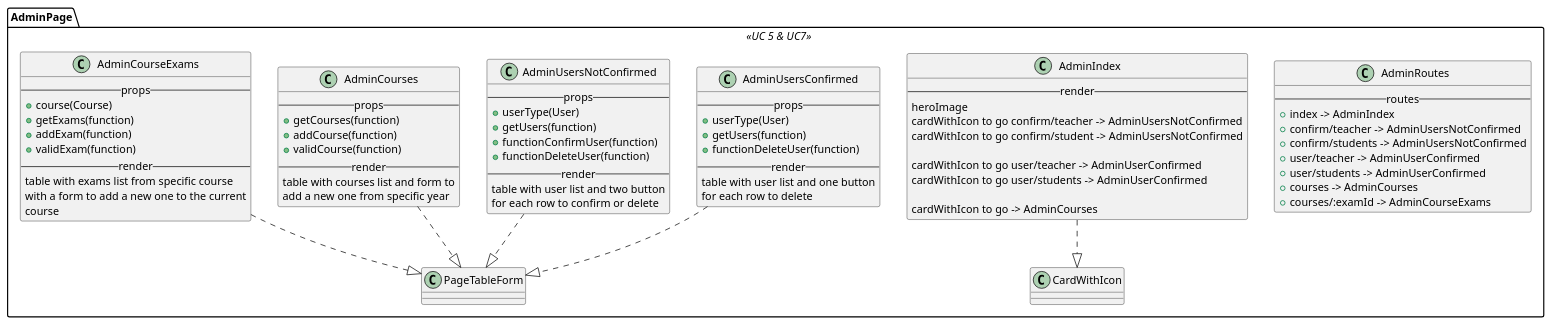
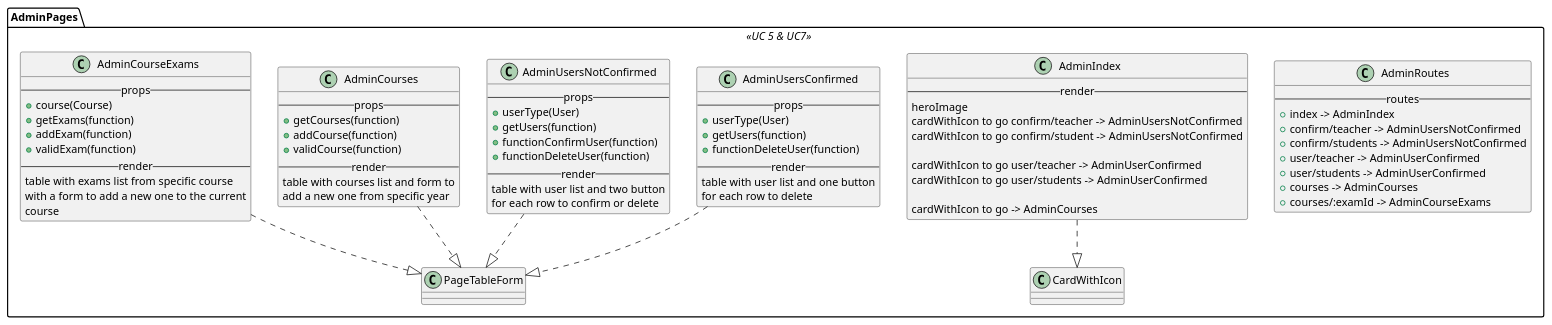
Before and after one commit to M9k/Marvin-Uml: the diagram in react/admin/index.iuml, drawn with PlantUML. The commit also changed 2 other files, not shown here.

```diff
--- a/react/admin/index.iuml
+++ b/react/admin/index.iuml
@@ -1,74 +1,74 @@
-package AdminPage <<UC 5 & UC7>> {
+package AdminPages <<UC 5 & UC7>> {
 
 class AdminRoutes{
 --routes--
 + index -> AdminIndex
 + confirm/teacher -> AdminUsersNotConfirmed
 + confirm/students -> AdminUsersNotConfirmed
 + user/teacher -> AdminUserConfirmed
 + user/students -> AdminUserConfirmed
 + courses -> AdminCourses
 + courses/:examId -> AdminCourseExams
 }
 
 class AdminIndex{
 --render--
     heroImage
     cardWithIcon to go confirm/teacher -> AdminUsersNotConfirmed
     cardWithIcon to go confirm/student -> AdminUsersNotConfirmed
 
     cardWithIcon to go user/teacher -> AdminUserConfirmed
     cardWithIcon to go user/students -> AdminUserConfirmed
 
     cardWithIcon to go -> AdminCourses
 }
 AdminIndex ..|> CardWithIcon
 
 class AdminUsersConfirmed{
     --props--
         + userType(User)
         + getUsers(function)
         + functionDeleteUser(function)
     --render--
         table with user list and one button
         for each row to delete
 }
 AdminUsersConfirmed ..|> PageTableForm
 
 class AdminUsersNotConfirmed{
     --props--
         + userType(User)
         + getUsers(function)
         + functionConfirmUser(function)
         + functionDeleteUser(function)
     --render--
         table with user list and two button
         for each row to confirm or delete
 }
 AdminUsersNotConfirmed ..|> PageTableForm
 
 class AdminCourses{
     --props--
         + getCourses(function)
         + addCourse(function)
         + validCourse(function)
     --render--
         table with courses list and form to
         add a new one from specific year
 }
 AdminCourses ..|> PageTableForm
 
 class AdminCourseExams{
     --props--
         + course(Course)
         + getExams(function)
         + addExam(function)
         + validExam(function)
     --render--
         table with exams list from specific course
         with a form to add a new one to the current
         course
 }
 AdminCourseExams ..|> PageTableForm
 
 }
```
